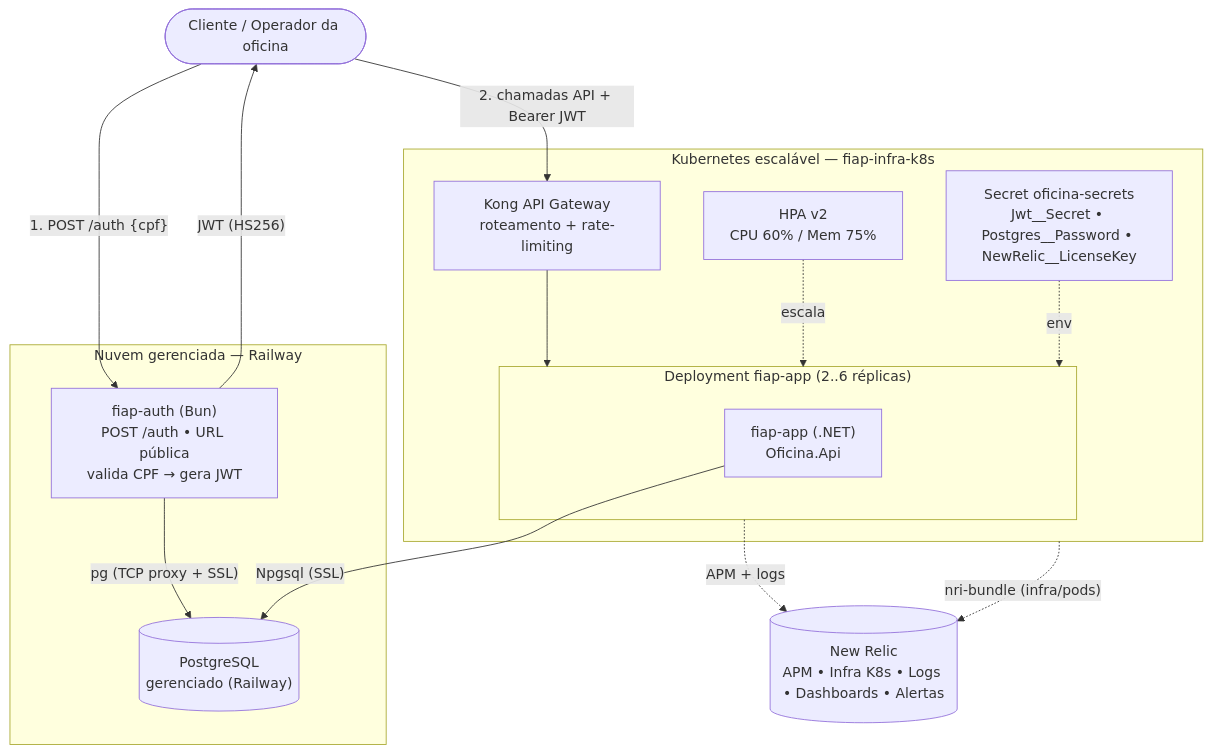
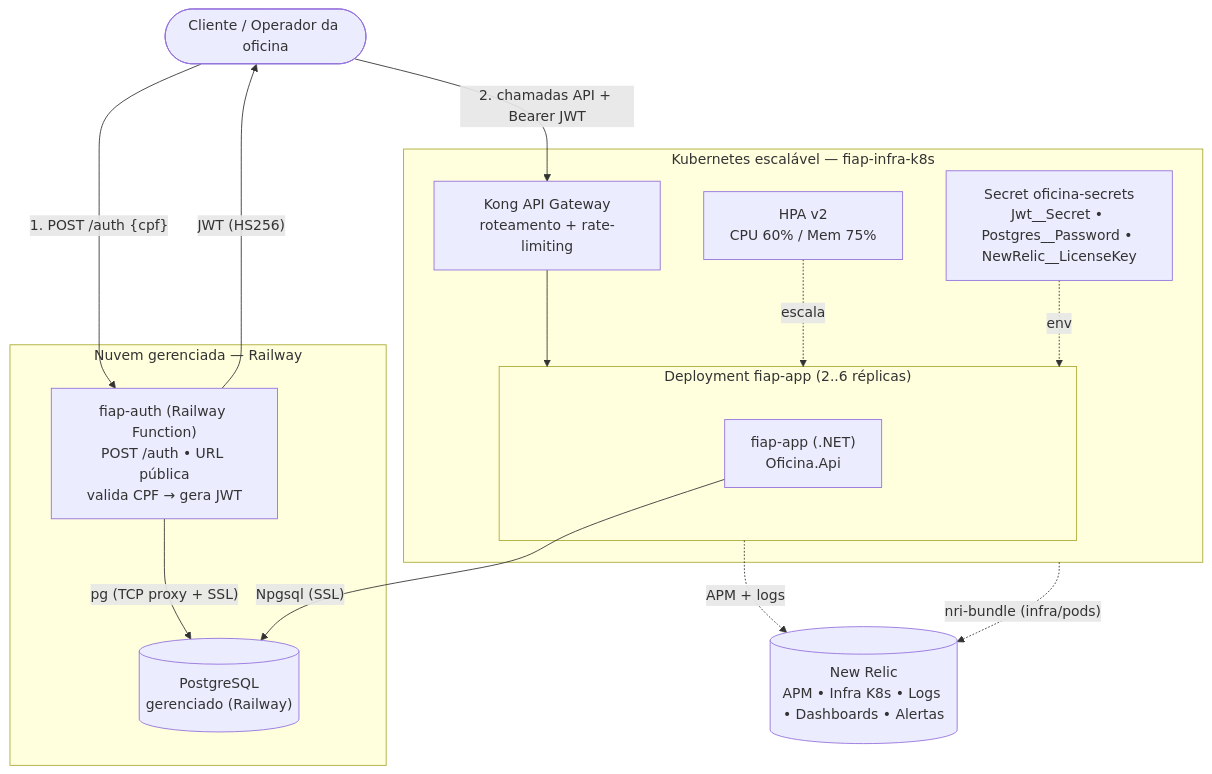
One commit to MathboyL3/fiap-app changed the first of 3 diagrams in docs/ARQUITETURA.md. Above: the diagram before and after it, drawn with Mermaid. The commit also changed other lines of this file and 3 other files, not shown here.

First line of the commit message:
docs: auth agora e Railway Function (serverless), nao container (#11)

````diff
--- a/docs/ARQUITETURA.md
+++ b/docs/ARQUITETURA.md
@@ -23,39 +23,39 @@
 ```mermaid
 flowchart TB
   Cliente([Cliente / Operador da oficina])
 
   subgraph RW["Nuvem gerenciada — Railway"]
-    AUTH["fiap-auth (Bun)
+    AUTH["fiap-auth (Railway Function)
 POST /auth • URL pública
 valida CPF → gera JWT"]
     PG[("PostgreSQL
 gerenciado (Railway)")]
     AUTH -->|"pg (TCP proxy + SSL)"| PG
   end
 
   subgraph K8S["Kubernetes escalável — fiap-infra-k8s"]
     KONG["Kong API Gateway
 roteamento + rate-limiting"]
     subgraph DEP["Deployment fiap-app (2..6 réplicas)"]
       APP["fiap-app (.NET)
 Oficina.Api"]
     end
     HPA["HPA v2
 CPU 60% / Mem 75%"]
     SEC["Secret oficina-secrets
 Jwt__Secret • Postgres__Password • NewRelic__LicenseKey"]
     KONG --> DEP
     HPA -. escala .-> DEP
     SEC -. env .-> DEP
   end
 
   NR[("New Relic
 APM • Infra K8s • Logs • Dashboards • Alertas")]
 
   Cliente -->|"1. POST /auth {cpf}"| AUTH
   AUTH -->|"JWT (HS256)"| Cliente
   Cliente -->|"2. chamadas API + Bearer JWT"| KONG
   APP -->|"Npgsql (SSL)"| PG
   DEP -.->|"APM + logs"| NR
   K8S -.->|"nri-bundle (infra/pods)"| NR
 ```
````
